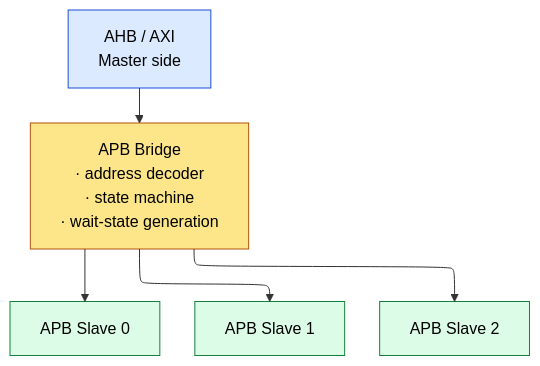
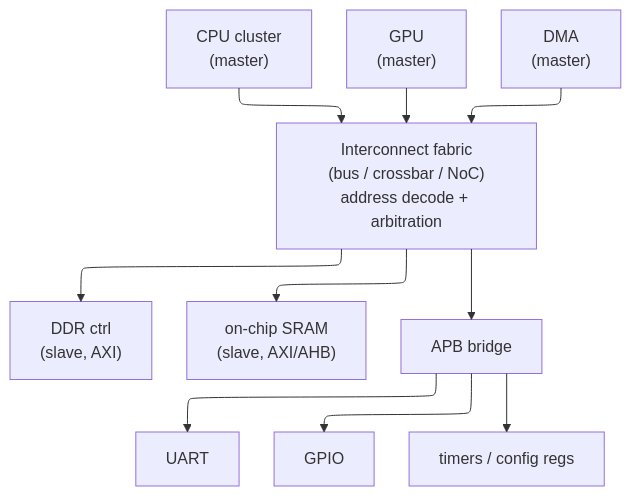
The first of 2 diagrams in 01_Architecture_and_PPA/11_AHB_AXI_APB.md (Wty2003328/silicon-design-notebook), drawn with Mermaid before and after one commit. The commit also changed other lines of this file and 26 other files, not shown here.

Commit message:
Concept-first hard rework checkpoint: Architecture, Fundamentals, Power folders complete (~25 pages reworked)

````diff
--- a/01_Architecture_and_PPA/11_AHB_AXI_APB.md
+++ b/01_Architecture_and_PPA/11_AHB_AXI_APB.md
@@ -232,14 +32,14 @@
 ```mermaid
-%%{init: {"flowchart": {"defaultRenderer": "elk", "nodeSpacing": 60, "rankSpacing": 60, "htmlLabels": false}}}%%
+%%{init: {"flowchart": {"defaultRenderer": "elk", "nodeSpacing": 55, "rankSpacing": 55, "htmlLabels": false}}}%%
 flowchart TD
-    M["AHB / AXI<br/>Master side"] --> BR["APB Bridge<br/>· address decoder<br/>· state machine<br/>· wait-state generation"]
-    BR --> S0["APB Slave 0"]
-    BR --> S1["APB Slave 1"]
-    BR --> S2["APB Slave 2"]
-    classDef m fill:#dbeafe,stroke:#1d4ed8,color:#000
-    classDef b fill:#fde68a,stroke:#b45309,color:#000
-    classDef s fill:#dcfce7,stroke:#15803d,color:#000
-    class M m
-    class BR b
-    class S0,S1,S2 s
+    CPU["CPU cluster\n(master)"] --> FAB
+    GPU["GPU\n(master)"] --> FAB
+    DMA["DMA\n(master)"] --> FAB
+    FAB["Interconnect fabric\n(bus / crossbar / NoC)\naddress decode + arbitration"]
+    FAB --> DDR["DDR ctrl\n(slave, AXI)"]
+    FAB --> SRAM["on-chip SRAM\n(slave, AXI/AHB)"]
+    FAB --> BR["APB bridge"]
+    BR --> UART["UART"]
+    BR --> GPIO["GPIO"]
+    BR --> TMR["timers / config regs"]
 ```
````
